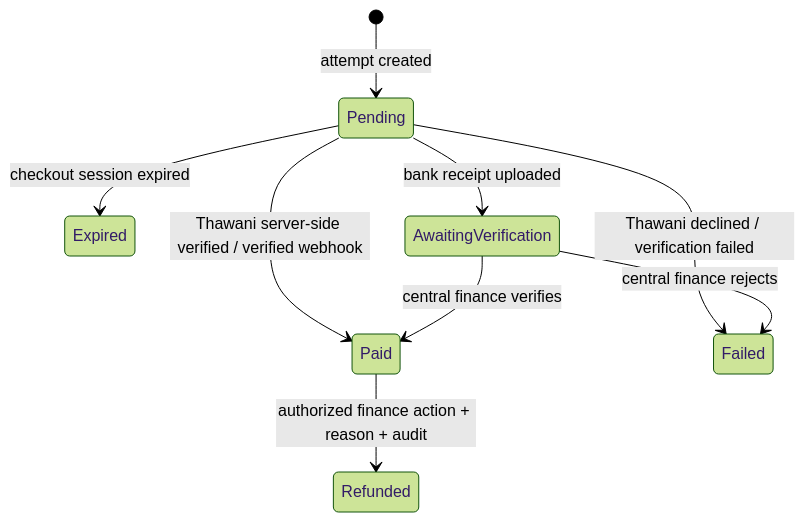
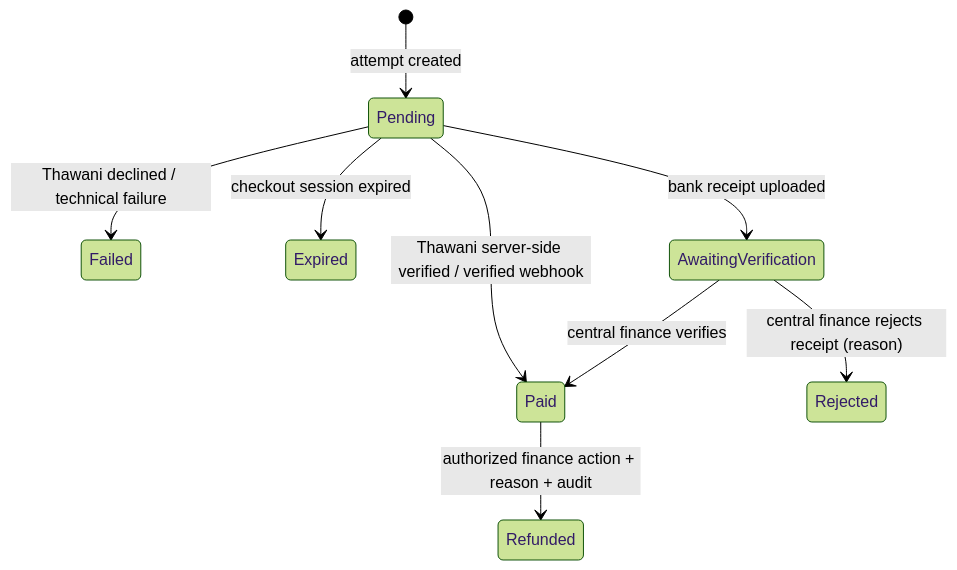
One commit to balaqytech/web_greader changed the third of 5 diagrams in docs/target-registration-architecture.md. Above: the diagram before and after it, drawn with Mermaid (forest theme). The commit also changed other lines of this file, not shown here.

Commit message:
docs: correct target registration architecture

````diff
--- a/docs/target-registration-architecture.md
+++ b/docs/target-registration-architecture.md
@@ -162,11 +188,11 @@
 ```mermaid
 stateDiagram-v2
     [*] --> Pending : attempt created
     Pending --> Paid : Thawani server-side verified / verified webhook
-    Pending --> Failed : Thawani declined / verification failed
+    Pending --> Failed : Thawani declined / technical failure
     Pending --> Expired : checkout session expired
     Pending --> AwaitingVerification : bank receipt uploaded
     AwaitingVerification --> Paid : central finance verifies
-    AwaitingVerification --> Failed : central finance rejects
+    AwaitingVerification --> Rejected : central finance rejects receipt (reason)
     Paid --> Refunded : authorized finance action + reason + audit
 ```
````
